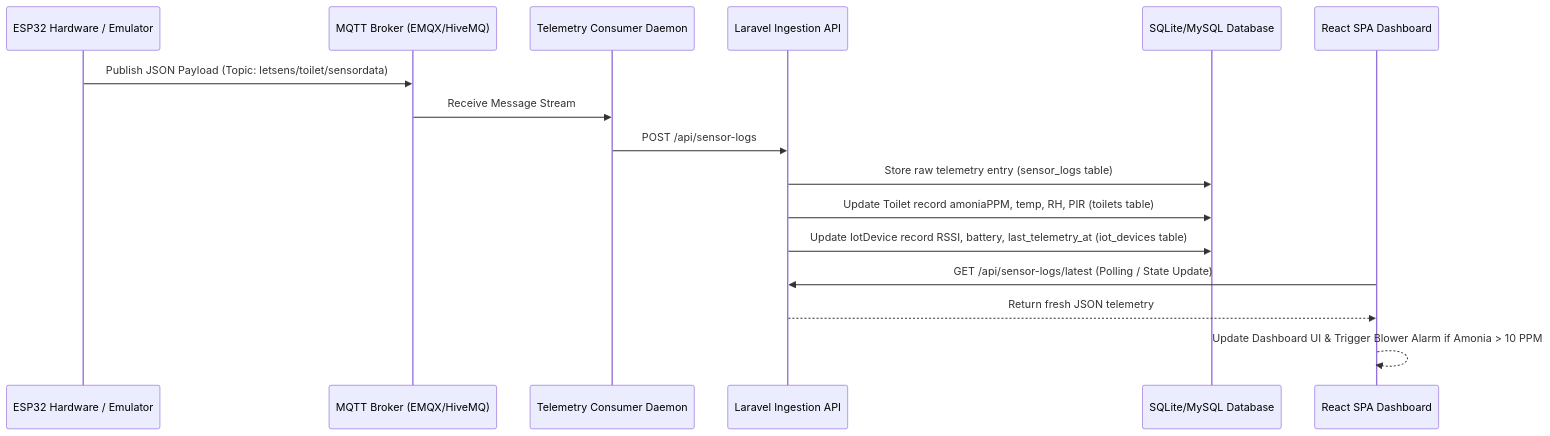
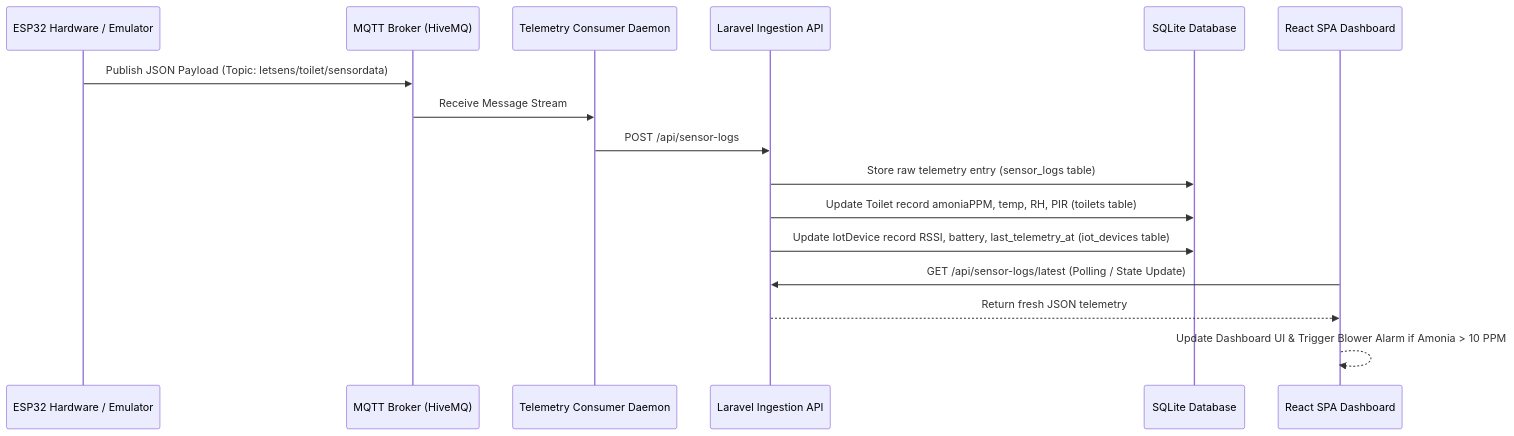
Before and after one commit to makerindo-repository/letsens: the second of 2 diagrams in docs/LAPORAN_SISTEM_LETSENS_2026.md, drawn with Mermaid. The commit also changed other lines of this file, not shown here.

Commit message:
docs: rewrite QC report with 100% verified data — fixed broker (hivemq), fixed seeder (6 accounts), fixed RBAC matrix, added all 21 views, actual build/test metrics

````diff
--- a/docs/LAPORAN_SISTEM_LETSENS_2026.md
+++ b/docs/LAPORAN_SISTEM_LETSENS_2026.md
@@ -228,19 +328,19 @@
 ```mermaid
 sequenceDiagram
     participant ESP32 as ESP32 Hardware / Emulator
-    participant MQTT as MQTT Broker (EMQX/HiveMQ)
+    participant MQTT as MQTT Broker (HiveMQ)
     participant Daemon as Telemetry Consumer Daemon
     participant API as Laravel Ingestion API
-    participant DB as SQLite/MySQL Database
+    participant DB as SQLite Database
     participant Frontend as React SPA Dashboard
 
     ESP32->>MQTT: Publish JSON Payload (Topic: letsens/toilet/sensordata)
     MQTT->>Daemon: Receive Message Stream
     Daemon->>API: POST /api/sensor-logs
     API->>DB: Store raw telemetry entry (sensor_logs table)
     API->>DB: Update Toilet record amoniaPPM, temp, RH, PIR (toilets table)
     API->>DB: Update IotDevice record RSSI, battery, last_telemetry_at (iot_devices table)
     Frontend->>API: GET /api/sensor-logs/latest (Polling / State Update)
     API-->>Frontend: Return fresh JSON telemetry
     Frontend-->>Frontend: Update Dashboard UI & Trigger Blower Alarm if Amonia > 10 PPM
 ```
````
